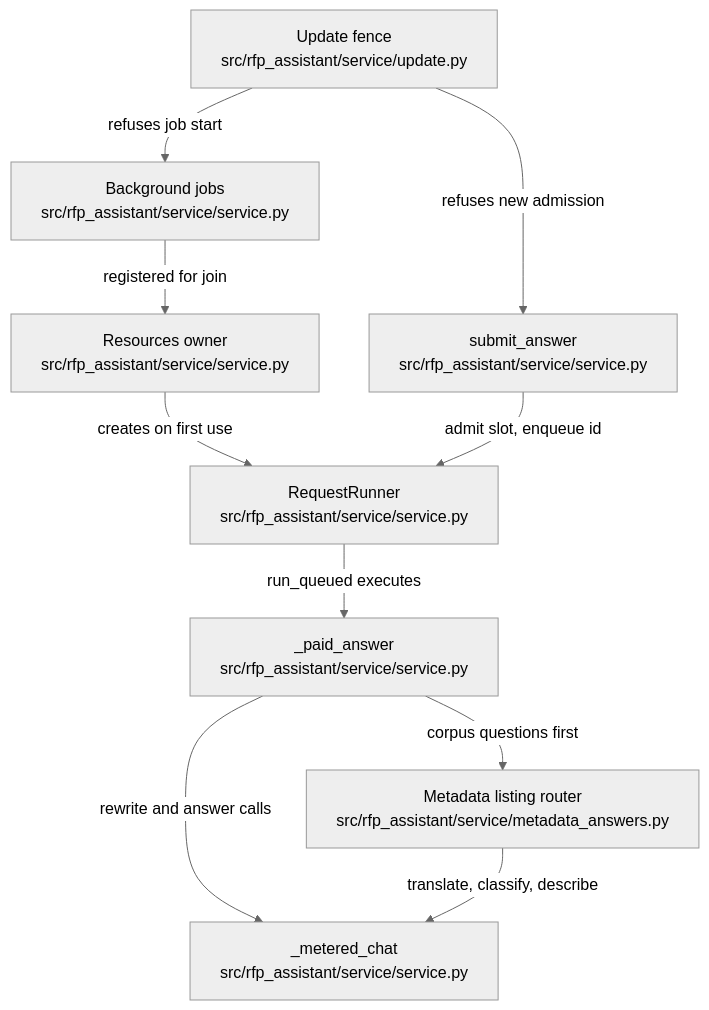
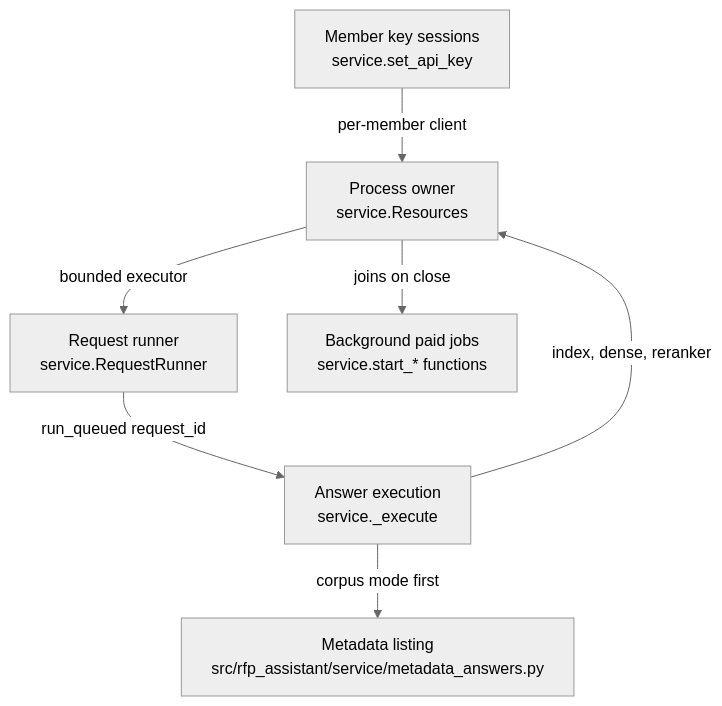
One commit to littleeeeebit/project-codeit-mid changed the diagram in .omm/overall-architecture/service-core/diagram.mmd. Above: the diagram before and after it, drawn with Mermaid (neutral theme). The commit also changed 367 other files, not shown here.

```diff
--- a/.omm/overall-architecture/service-core/diagram.mmd
+++ b/.omm/overall-architecture/service-core/diagram.mmd
@@ -1,18 +1,7 @@
 graph TD
-  resources-owner["Resources owner\nsrc/rfp_assistant/service/service.py"]
-  submit-answer["submit_answer\nsrc/rfp_assistant/service/service.py"]
-  request-runner["RequestRunner\nsrc/rfp_assistant/service/service.py"]
-  paid-answer-path["_paid_answer\nsrc/rfp_assistant/service/service.py"]
-  metadata-router["Metadata listing router\nsrc/rfp_assistant/service/metadata_answers.py"]
-  metered-chat["_metered_chat\nsrc/rfp_assistant/service/service.py"]
-  background-jobs["Background jobs\nsrc/rfp_assistant/service/service.py"]
-  update-fence["Update fence\nsrc/rfp_assistant/service/update.py"]
-  resources-owner -->|creates on first use| request-runner
-  submit-answer -->|admit slot, enqueue id| request-runner
-  request-runner -->|run_queued executes| paid-answer-path
-  paid-answer-path -->|corpus questions first| metadata-router
-  paid-answer-path -->|rewrite and answer calls| metered-chat
-  metadata-router -->|translate, classify, describe| metered-chat
-  background-jobs -->|registered for join| resources-owner
-  update-fence -->|refuses new admission| submit-answer
-  update-fence -->|refuses job start| background-jobs
+  resources["Process owner\nservice.Resources"] -->|"bounded executor"| request-runner["Request runner\nservice.RequestRunner"]
+  request-runner -->|"run_queued request_id"| answer-execution["Answer execution\nservice._execute"]
+  answer-execution -->|"corpus mode first"| metadata-listing["Metadata listing\nsrc/rfp_assistant/service/metadata_answers.py"]
+  answer-execution -->|"index, dense, reranker"| resources
+  resources -->|"joins on close"| background-jobs["Background paid jobs\nservice.start_* functions"]
+  key-sessions["Member key sessions\nservice.set_api_key"] -->|"per-member client"| resources
```
